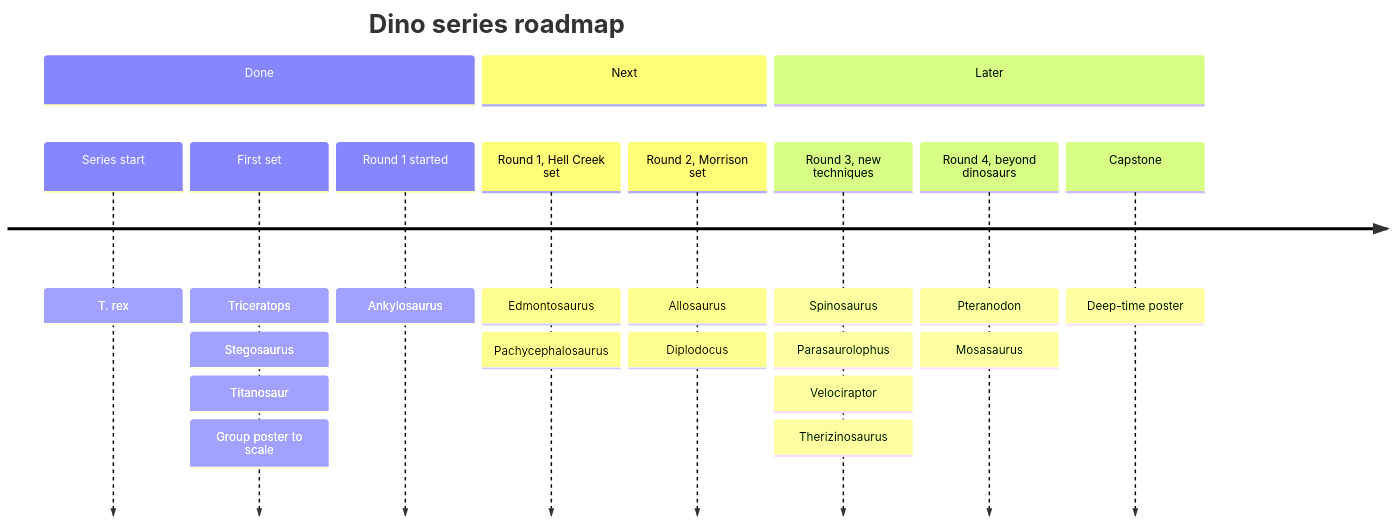
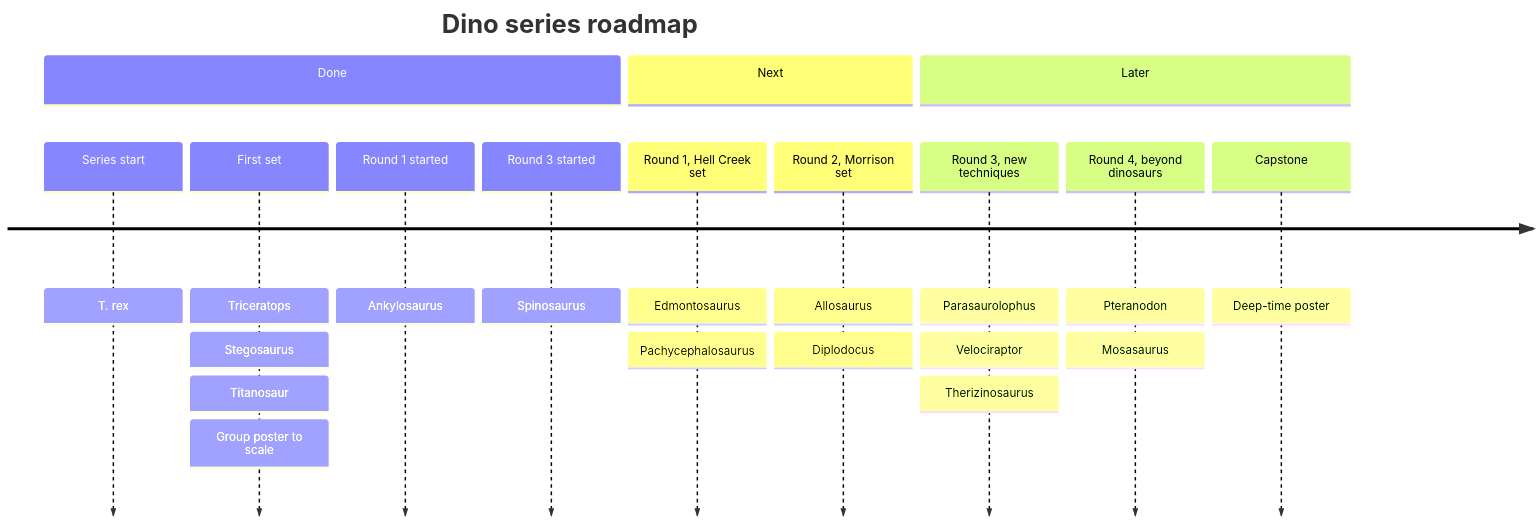
Before and after one commit to daffadaris/dino-series: the diagram in README.md, drawn with Mermaid. The commit also changed other lines of this file and 11 other files, not shown here.

````diff
--- a/README.md
+++ b/README.md
@@ -105,15 +114,16 @@
 ```mermaid
 timeline
     title Dino series roadmap
     section Done
         Series start : T. rex
         First set : Triceratops : Stegosaurus : Titanosaur : Group poster to scale
         Round 1 started : Ankylosaurus
+        Round 3 started : Spinosaurus
     section Next
         Round 1, Hell Creek set : Edmontosaurus : Pachycephalosaurus
         Round 2, Morrison set : Allosaurus : Diplodocus
     section Later
-        Round 3, new techniques : Spinosaurus : Parasaurolophus : Velociraptor : Therizinosaurus
+        Round 3, new techniques : Parasaurolophus : Velociraptor : Therizinosaurus
         Round 4, beyond dinosaurs : Pteranodon : Mosasaurus
         Capstone : Deep-time poster
 ```
````
